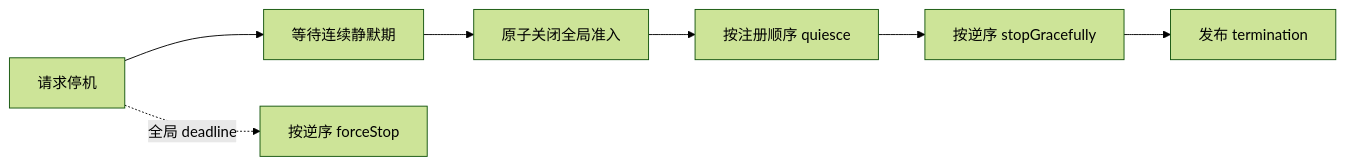
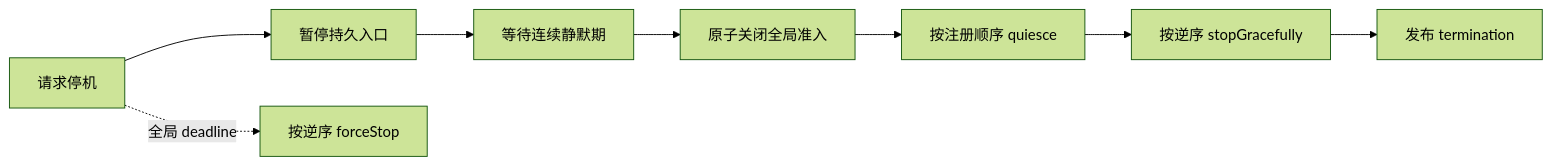
Before and after one commit to Ahoo-Wang/Wow: the second of 2 diagrams in documentation/docs/zh/guide/advanced/runtime-lifecycle.md, drawn with Mermaid (forest theme). The commit also changed other lines of this file and 34 other files, not shown here.

First line of the commit message:
fix(runtime)!: suspend durable intake first on graceful stop, so sustained traffic no longer forces a timeout (B8) (#3993)

````diff
--- a/documentation/docs/zh/guide/advanced/runtime-lifecycle.md
+++ b/documentation/docs/zh/guide/advanced/runtime-lifecycle.md
@@ -71,9 +73,10 @@
 ```mermaid
 flowchart LR
-    Stop[请求停机] --> Quiet[等待连续静默期]
+    Stop[请求停机] --> Suspend[暂停持久入口]
+    Suspend --> Quiet[等待连续静默期]
     Quiet --> Close[原子关闭全局准入]
     Close --> Quiesce[按注册顺序 quiesce]
     Quiesce --> Drain[按逆序 stopGracefully]
     Drain --> Done[发布 termination]
     Stop -. 全局 deadline .-> Force[按逆序 forceStop]
 ```
````
